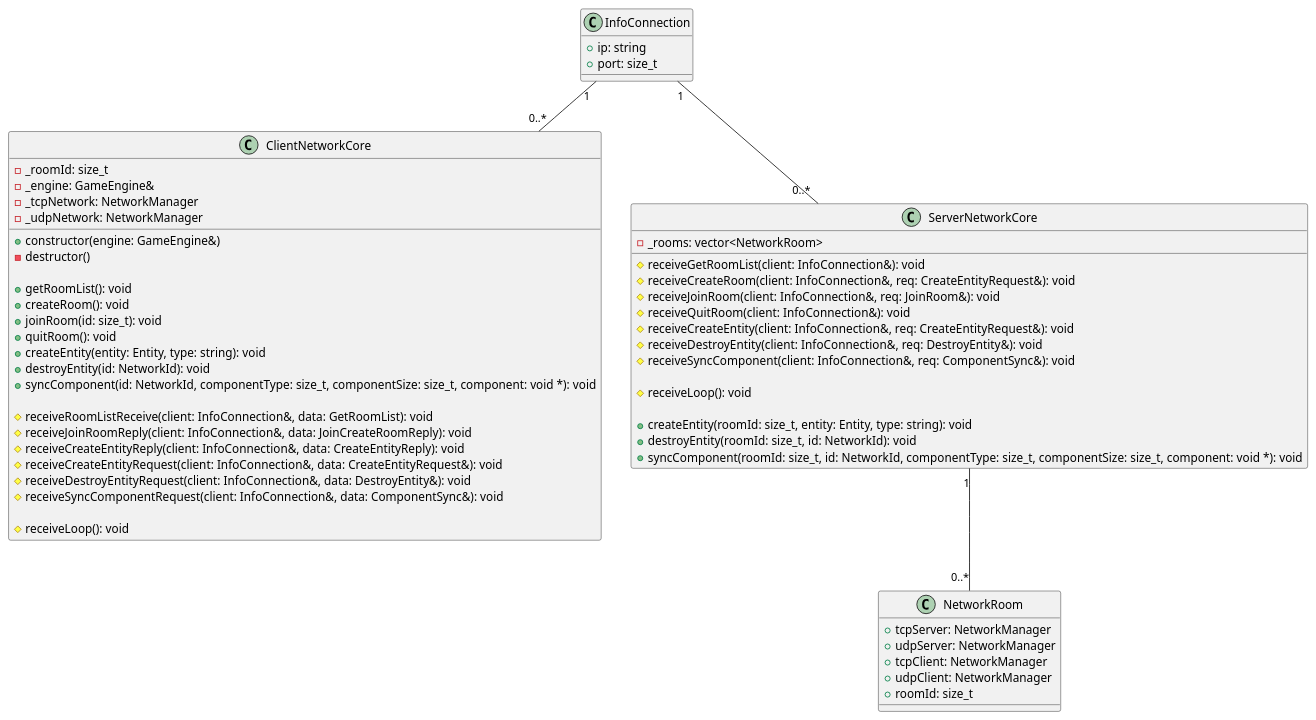
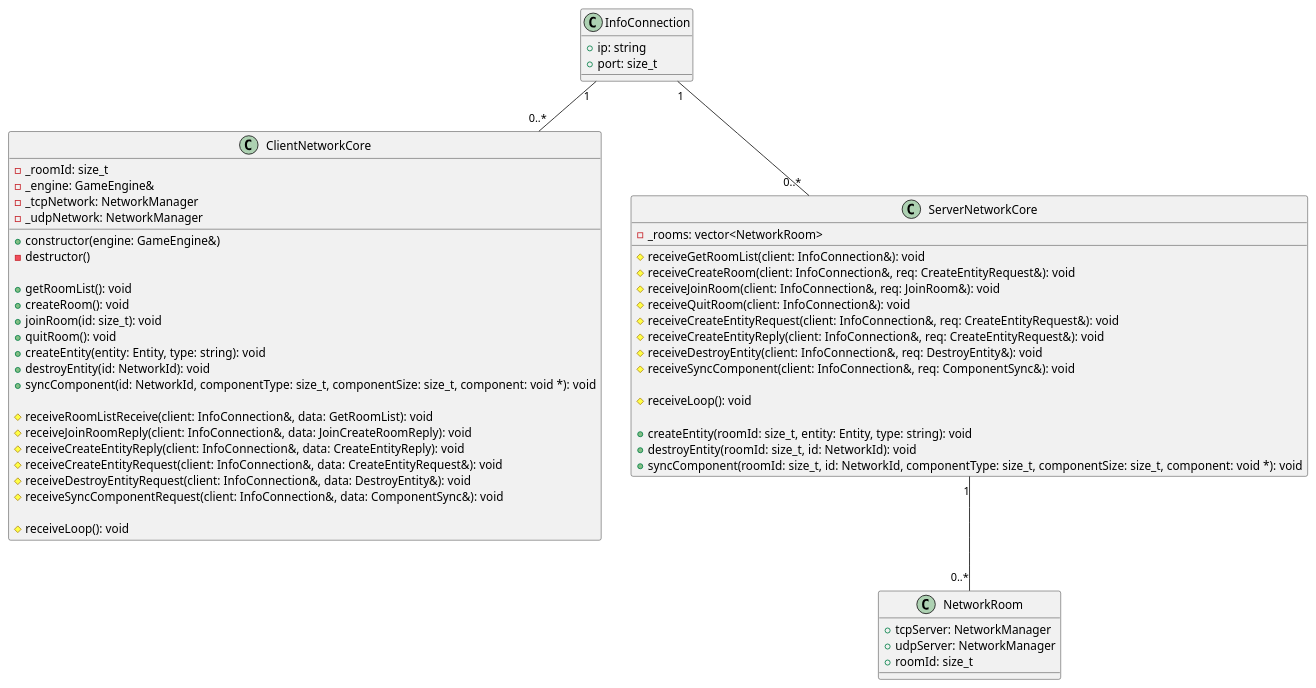
The diagram in doc/Network.puml (SimonRacaud/RType-engine), drawn with PlantUML before and after one commit. The commit also changed 7 other files, not shown here.

Commit message:
feat(server): server network core, connection init, send requests, receive room management trams. NetworkRoom class

```diff
--- a/doc/Network.puml
+++ b/doc/Network.puml
@@ -1,65 +1,64 @@
 @startuml
 'https://plantuml.com/class-diagram
 
 class ClientNetworkCore {
     + constructor(engine: GameEngine&)
     - destructor()
 
     + getRoomList(): void
     + createRoom(): void
     + joinRoom(id: size_t): void
     + quitRoom(): void
     + createEntity(entity: Entity, type: string): void
     + destroyEntity(id: NetworkId): void
     + syncComponent(id: NetworkId, componentType: size_t, componentSize: size_t, component: void *): void
 
     # receiveRoomListReceive(client: InfoConnection&, data: GetRoomList): void
     # receiveJoinRoomReply(client: InfoConnection&, data: JoinCreateRoomReply): void
     # receiveCreateEntityReply(client: InfoConnection&, data: CreateEntityReply): void
     # receiveCreateEntityRequest(client: InfoConnection&, data: CreateEntityRequest&): void
     # receiveDestroyEntityRequest(client: InfoConnection&, data: DestroyEntity&): void
     # receiveSyncComponentRequest(client: InfoConnection&, data: ComponentSync&): void
 
     # receiveLoop(): void
 
     - _roomId: size_t
     - _engine: GameEngine&
     - _tcpNetwork: NetworkManager
     - _udpNetwork: NetworkManager
 }
 
 class ServerNetworkCore {
     # receiveGetRoomList(client: InfoConnection&): void
     # receiveCreateRoom(client: InfoConnection&, req: CreateEntityRequest&): void
     # receiveJoinRoom(client: InfoConnection&, req: JoinRoom&): void
     # receiveQuitRoom(client: InfoConnection&): void
-    # receiveCreateEntity(client: InfoConnection&, req: CreateEntityRequest&): void
+    # receiveCreateEntityRequest(client: InfoConnection&, req: CreateEntityRequest&): void
+    # receiveCreateEntityReply(client: InfoConnection&, req: CreateEntityRequest&): void
     # receiveDestroyEntity(client: InfoConnection&, req: DestroyEntity&): void
     # receiveSyncComponent(client: InfoConnection&, req: ComponentSync&): void
 
     # receiveLoop(): void
 
     + createEntity(roomId: size_t, entity: Entity, type: string): void
     + destroyEntity(roomId: size_t, id: NetworkId): void
     + syncComponent(roomId: size_t, id: NetworkId, componentType: size_t, componentSize: size_t, component: void *): void
 
     - _rooms: vector<NetworkRoom>
 }
 ServerNetworkCore "1" -- "0..*" NetworkRoom
 
 class InfoConnection {
     + ip: string
     + port: size_t
 }
 InfoConnection "1" -- "0..*" ServerNetworkCore
 InfoConnection "1" -- "0..*" ClientNetworkCore
 
 class NetworkRoom {
     + tcpServer: NetworkManager
     + udpServer: NetworkManager
-    + tcpClient: NetworkManager
-    + udpClient: NetworkManager
     + roomId: size_t
 }
 
 @enduml
```
